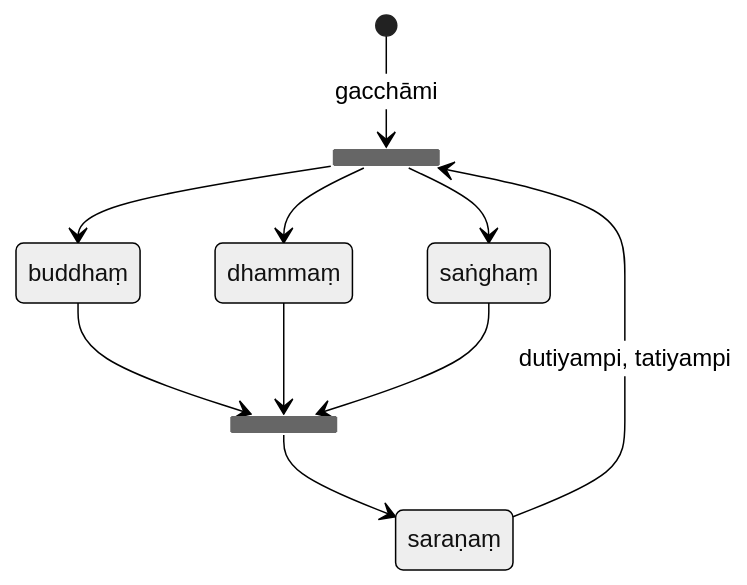
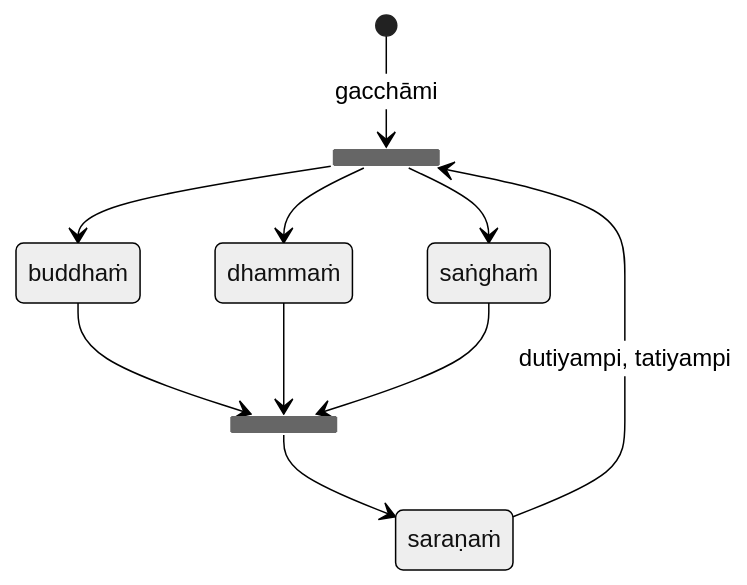
One commit to ChristineTham/buddhavacana changed the eighth of 8 diagrams in src/content/docs/Pali Textbook/1-basics.md. Above: the diagram before and after it, drawn with Mermaid (neutral theme). The commit also changed other lines of this file and 52 other files, not shown here.

````diff
--- a/src/content/docs/Pali Textbook/1-basics.md
+++ b/src/content/docs/Pali Textbook/1-basics.md
@@ -2615,14 +2626,14 @@
 ```mermaid
 stateDiagram-v2
   state fork_state <<fork>>
   state join_state <<join>>
   [*] --> fork_state : gacchāmi
-  fork_state --> buddhaṃ
-  fork_state --> dhammaṃ
-  fork_state --> saṅghaṃ
-  buddhaṃ --> join_state
-  dhammaṃ --> join_state
-  saṅghaṃ --> join_state
-  join_state --> saraṇaṃ
-  saraṇaṃ --> fork_state : dutiyampi, tatiyampi
+  fork_state --> buddhaṁ
+  fork_state --> dhammaṁ
+  fork_state --> saṅghaṁ
+  buddhaṁ --> join_state
+  dhammaṁ --> join_state
+  saṅghaṁ --> join_state
+  join_state --> saraṇaṁ
+  saraṇaṁ --> fork_state : dutiyampi, tatiyampi
 ```
````
